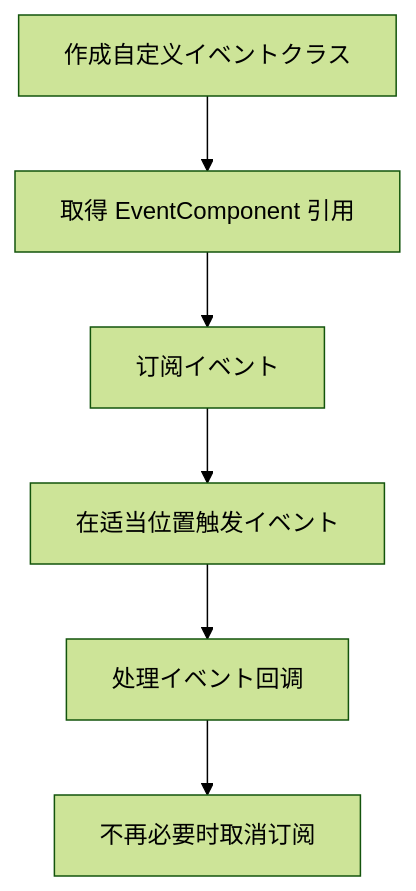
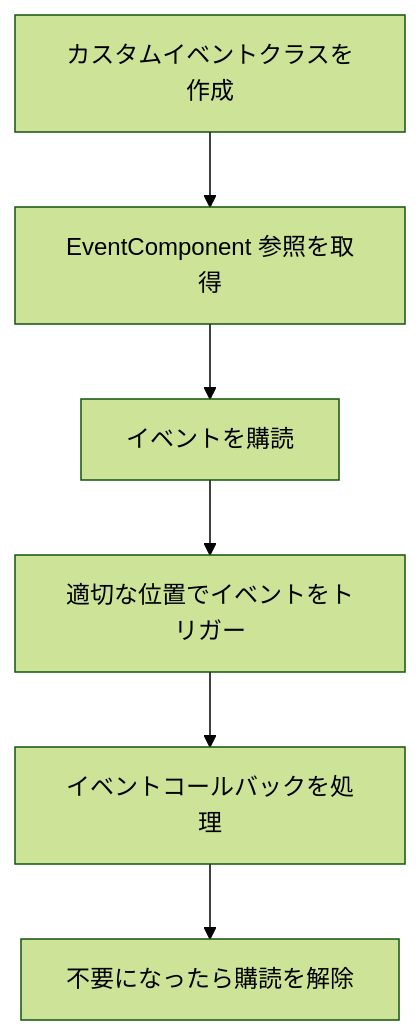
One commit to AlianBlank/GameFrameX.Docs changed the diagram in docs/ja/client/unity/component/event/03.getting-started.md. Above: the diagram before and after it, drawn with Mermaid (forest theme). The commit also changed other lines of this file and 320 other files, not shown here.

````diff
--- a/docs/ja/client/unity/component/event/03.getting-started.md
+++ b/docs/ja/client/unity/component/event/03.getting-started.md
@@ -23,8 +23,8 @@
 ```mermaid
 flowchart TD
-    A[作成自定义イベントクラス] --> B[取得 EventComponent 引用]
-    B --> C[订阅イベント]
-    C --> D[在适当位置触发イベント]
-    D --> E[处理イベント回调]
-    E --> F[不再必要时取消订阅]
+    A[カスタムイベントクラスを作成] --> B[EventComponent 参照を取得]
+    B --> C[イベントを購読]
+    C --> D[適切な位置でイベントをトリガー]
+    D --> E[イベントコールバックを処理]
+    E --> F[不要になったら購読を解除]
 ```
````
